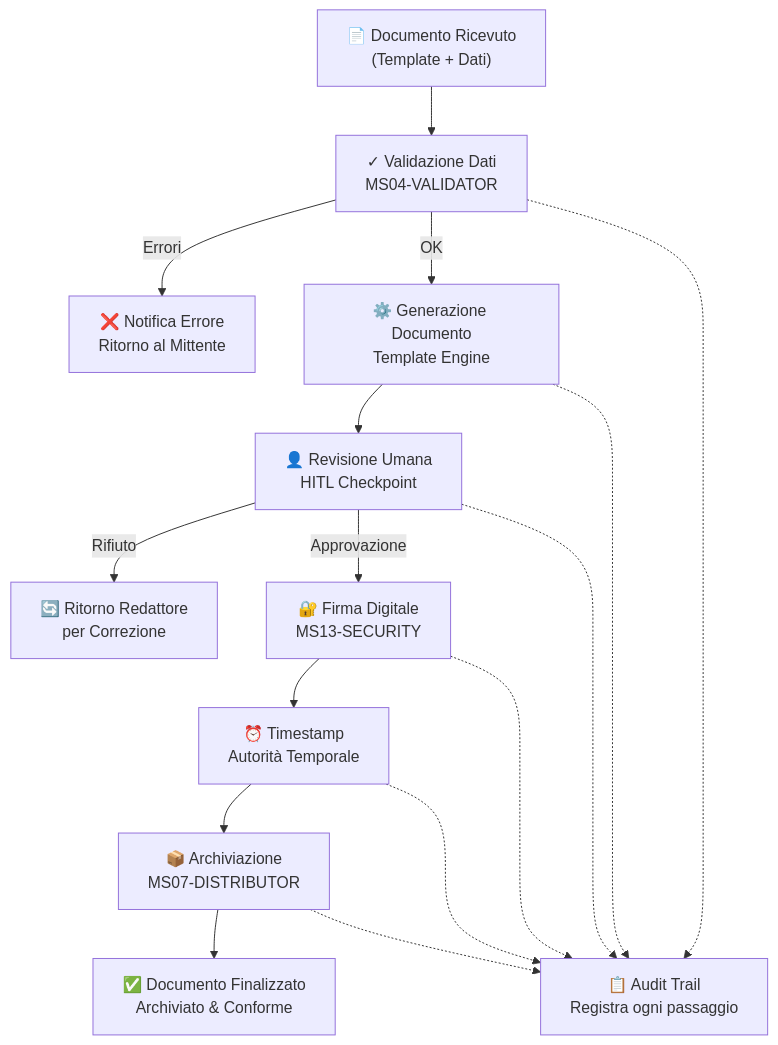
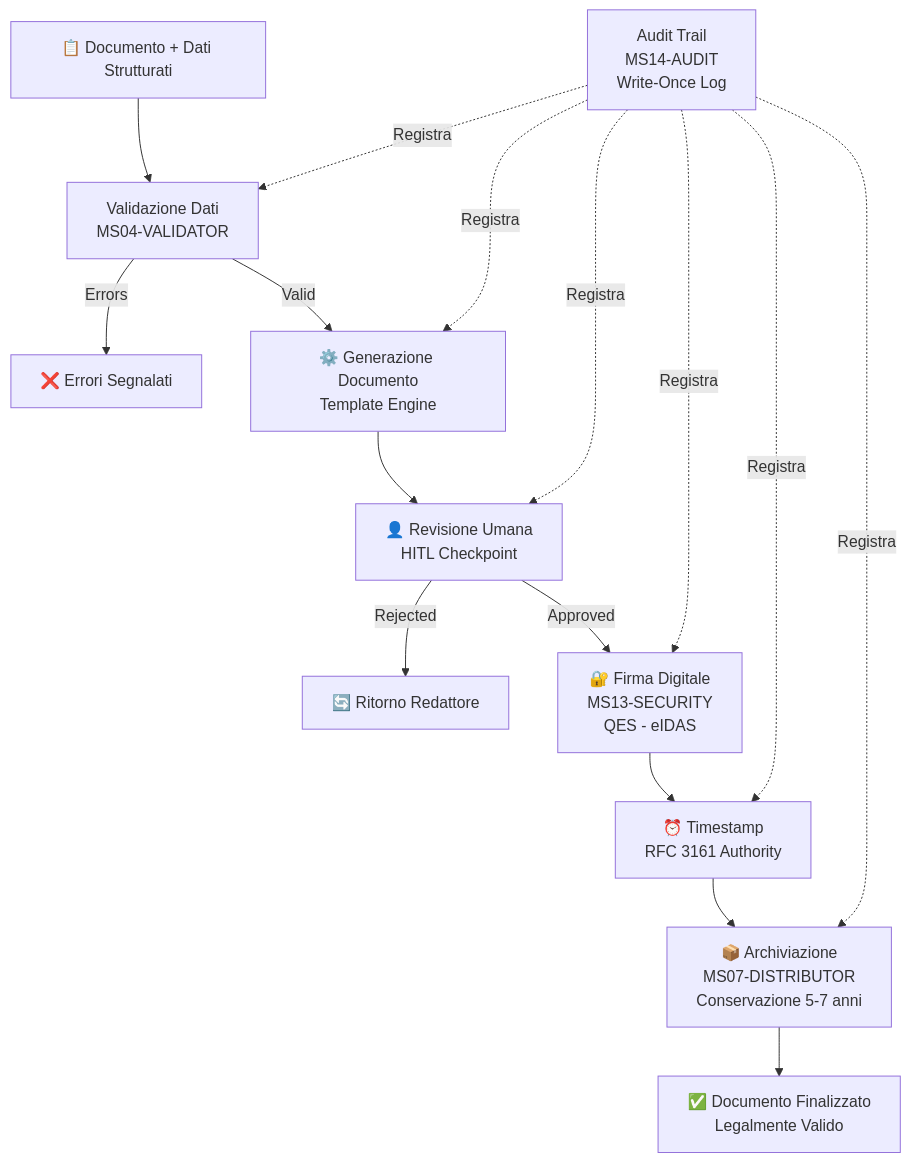
One commit to gianlucaciarcelluti/Interzen.ZenIA changed the second of 4 diagrams in docs/PROGETTO-ZENIA.md. Above: the diagram before and after it, drawn with Mermaid. The commit also changed other lines of this file, not shown here.

````diff
--- a/docs/PROGETTO-ZENIA.md
+++ b/docs/PROGETTO-ZENIA.md
@@ -893,25 +688,22 @@
 ```mermaid
 flowchart TD
-    A["📄 Documento Ricevuto<br/>(Template + Dati)"]
-
-    A --> B["✓ Validazione Dati<br/>MS04-VALIDATOR"]
-    B -->|Errori| C["❌ Notifica Errore<br/>Ritorno al Mittente"]
-    B -->|OK| D["⚙️ Generazione Documento<br/>Template Engine"]
+    A["📋 Documento + Dati Strutturati"] --> B["Validazione Dati<br/>MS04-VALIDATOR"]
+    B -->|Errors| C["❌ Errori Segnalati"]
+    B -->|Valid| D["⚙️ Generazione Documento<br/>Template Engine"]
 
     D --> E["👤 Revisione Umana<br/>HITL Checkpoint"]
-    E -->|Rifiuto| F["🔄 Ritorno Redattore<br/>per Correzione"]
-    E -->|Approvazione| G["🔐 Firma Digitale<br/>MS13-SECURITY"]
+    E -->|Rejected| F["🔄 Ritorno Redattore"]
+    E -->|Approved| G["🔐 Firma Digitale<br/>MS13-SECURITY<br/>QES - eIDAS"]
 
-    G --> H["⏰ Timestamp<br/>Autorità Temporale"]
-    H --> I["📦 Archiviazione<br/>MS07-DISTRIBUTOR"]
+    G --> H["⏰ Timestamp<br/>RFC 3161 Authority"]
+    H --> I["📦 Archiviazione<br/>MS07-DISTRIBUTOR<br/>Conservazione 5-7 anni"]
 
-    I --> J["✅ Documento Finalizzato<br/>Archiviato & Conforme"]
+    I --> J["✅ Documento Finalizzato<br/>Legalmente Valido"]
 
-    K["📋 Audit Trail<br/>Registra ogni passaggio"]
-    B -.-> K
-    D -.-> K
-    E -.-> K
-    G -.-> K
-    H -.-> K
-    I -.-> K
+    K["Audit Trail<br/>MS14-AUDIT<br/>Write-Once Log"] -.->|Registra| B
+    K -.->|Registra| D
+    K -.->|Registra| E
+    K -.->|Registra| G
+    K -.->|Registra| H
+    K -.->|Registra| I
 ```
````
